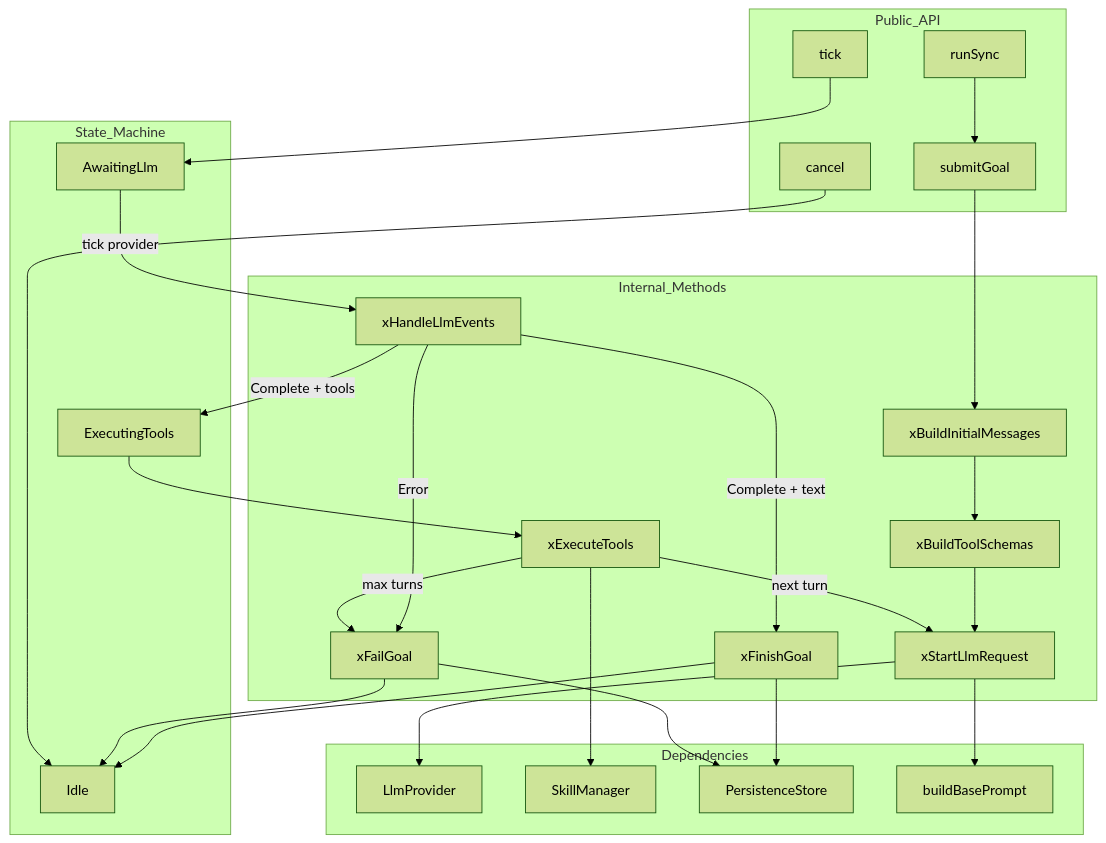
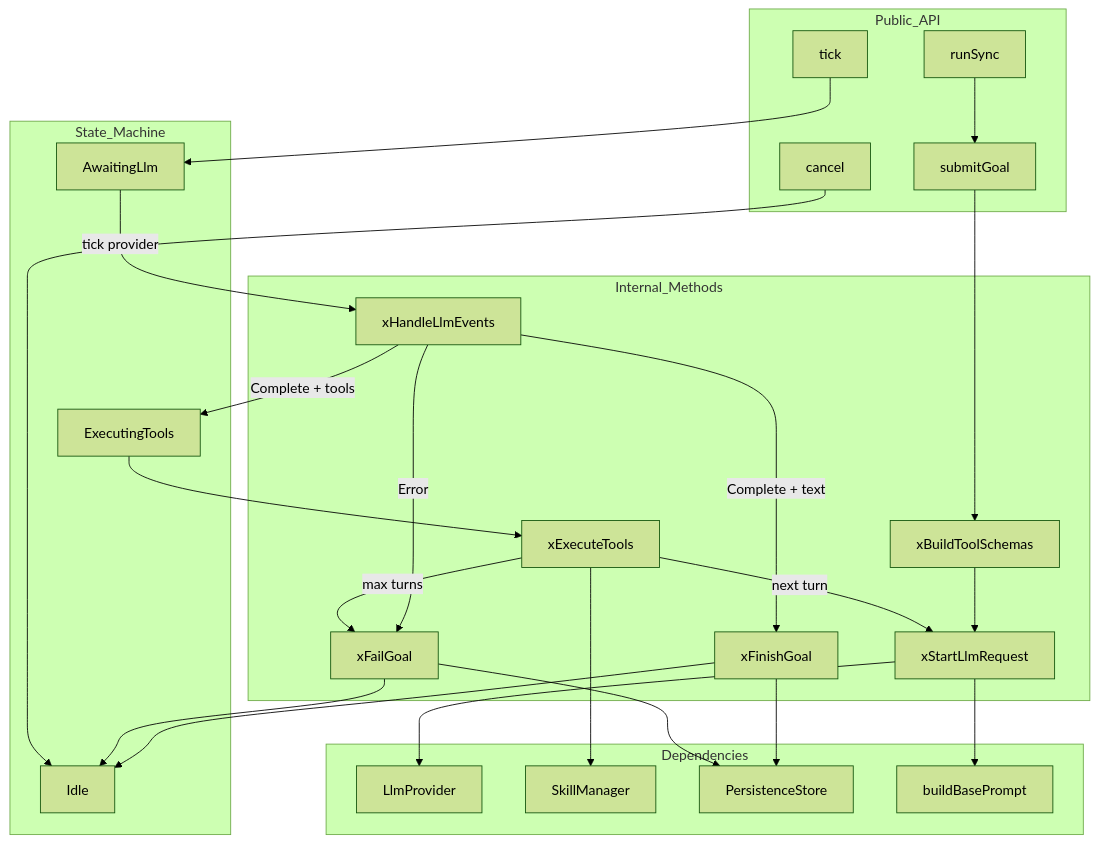
Before and after one commit to opensassi/a0: the first of 2 diagrams in src/driven_core.spec.md, drawn with Mermaid (forest theme). The commit also changed other lines of this file and 26 other files, not shown here.

````diff
--- a/src/driven_core.spec.md
+++ b/src/driven_core.spec.md
@@ -87,51 +103,50 @@
 ```mermaid
 graph TB
     subgraph Public_API
         SG[submitGoal]
         RS[runSync]
         TICK[tick]
         CANCEL[cancel]
     end
 
     subgraph State_Machine
         IDLE[Idle]
         LLM[AwaitingLlm]
         TOOLS[ExecutingTools]
     end
 
     subgraph Internal_Methods
-        BUILD[xBuildInitialMessages]
         SCHEMA[xBuildToolSchemas]
         START[xStartLlmRequest]
         HANDLE[xHandleLlmEvents]
         EXEC[xExecuteTools]
         FINISH[xFinishGoal]
         FAIL[xFailGoal]
     end
 
     subgraph Dependencies
         PROV[LlmProvider]
         SKILL[SkillManager]
         PERS[PersistenceStore]
         BASE[buildBasePrompt]
     end
 
-    SG --> BUILD --> SCHEMA --> START
+    SG --> SCHEMA --> START
     START --> PROV
     START --> BASE
     RS --> SG
     TICK --> LLM
     LLM -->|tick provider| HANDLE
     HANDLE -->|Complete + tools| TOOLS
     HANDLE -->|Complete + text| FINISH
     HANDLE -->|Error| FAIL
     TOOLS --> EXEC
     EXEC --> SKILL
     EXEC -->|next turn| START
     EXEC -->|max turns| FAIL
     FINISH --> IDLE
     FAIL --> IDLE
     CANCEL --> IDLE
     FINISH --> PERS
     FAIL --> PERS
 ```
````
